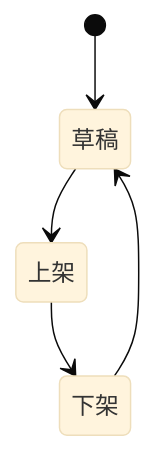
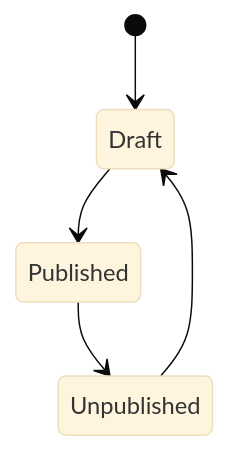
One commit to huang-xiao-jian/bluey changed the diagram in skills/analyze-business-rules/references/artifact.md. Above: the diagram before and after it, drawn with Mermaid (base theme). The commit also changed other lines of this file and 9 other files, not shown here.

````diff
--- a/skills/analyze-business-rules/references/artifact.md
+++ b/skills/analyze-business-rules/references/artifact.md
@@ -18,7 +18,7 @@
 ```mermaid
 stateDiagram-v2
-    [*] --> 草稿
-    草稿 --> 上架
-    上架 --> 下架
-    下架 --> 草稿
+    [*] --> Draft
+    Draft --> Published
+    Published --> Unpublished
+    Unpublished --> Draft
 ```
````
